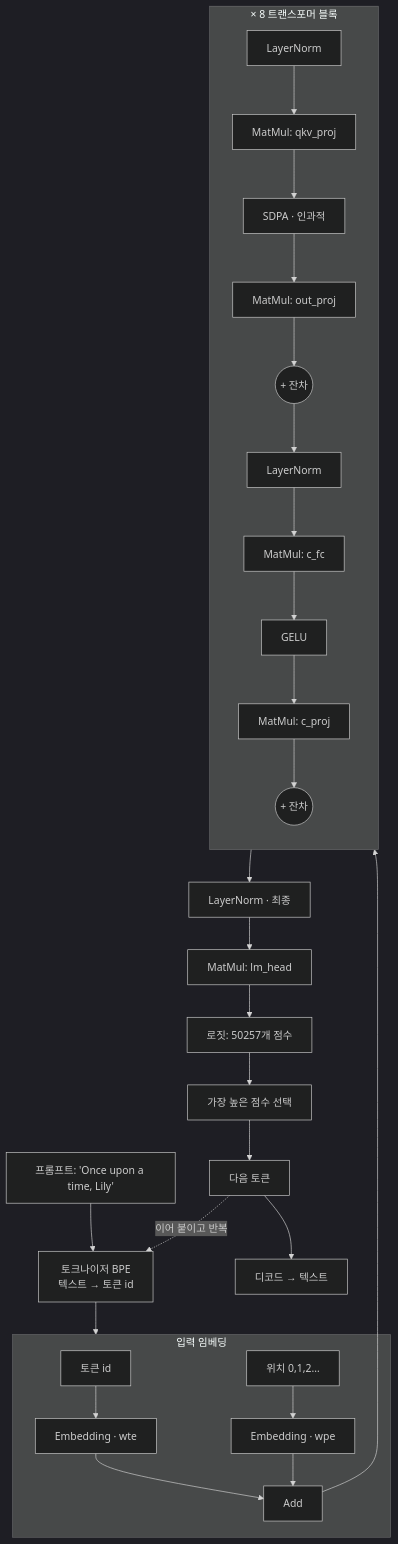
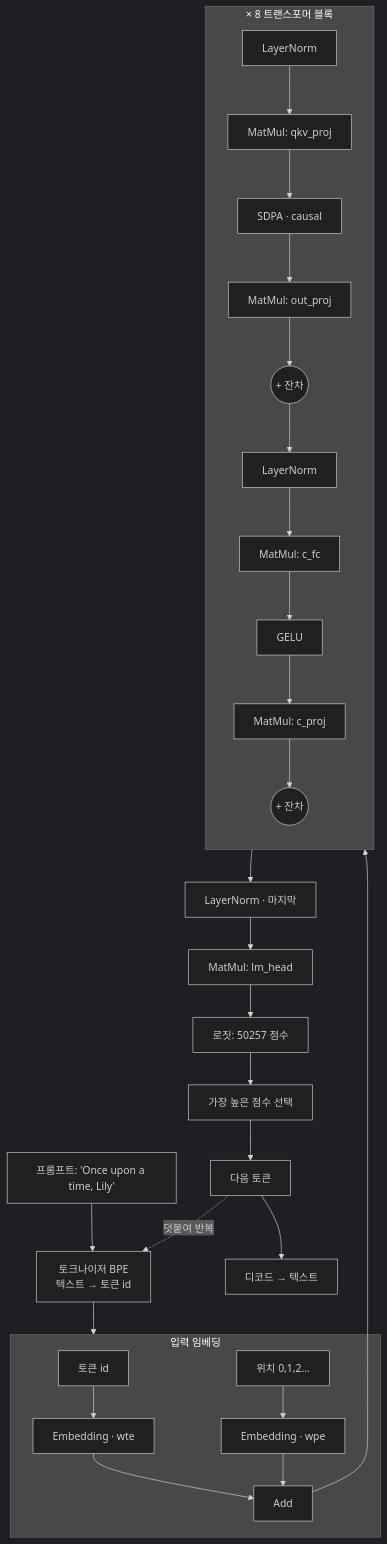
Before and after one commit to ivere27/volvoxai: the first of 2 diagrams in docs/textbook/ko/02-tinystories-language-model.md, drawn with Mermaid (dark theme). The commit also changed other lines of this file and 776 other files, not shown here.

````diff
--- a/docs/textbook/ko/02-tinystories-language-model.md
+++ b/docs/textbook/ko/02-tinystories-language-model.md
@@ -39,20 +60,20 @@
 ```mermaid
 flowchart TD
-    P["프롬프트: 'Once upon a time, Lily'"] --> TOK["토크나이저 BPE<br/>텍스트 → 토큰 id"]
+    P["프롬프트: 'Once upon a time, Lily'"] --> TOK[토크나이저 BPE<br/>텍스트 → 토큰 id]
     TOK --> EMB
-    subgraph EMB["입력 임베딩"]
-      T["토큰 id"] --> WTE["Embedding · wte"]
-      POSN["위치 0,1,2…"] --> WPE["Embedding · wpe"]
-      WTE --> ADD0["Add"]
+    subgraph EMB[입력 임베딩]
+      T[토큰 id] --> WTE[Embedding · wte]
+      POSN[위치 0,1,2…] --> WPE[Embedding · wpe]
+      WTE --> ADD0[Add]
       WPE --> ADD0
     end
     ADD0 --> BLK
     subgraph BLK["× 8 트랜스포머 블록"]
       direction TB
-      L1["LayerNorm"] --> QKV["MatMul: qkv_proj"] --> SDPA["SDPA · 인과적"] --> OP["MatMul: out_proj"] --> R1(("+ 잔차"))
-      R1 --> L2["LayerNorm"] --> FC["MatMul: c_fc"] --> G["GELU"] --> PR["MatMul: c_proj"] --> R2(("+ 잔차"))
+      L1[LayerNorm] --> QKV[MatMul: qkv_proj] --> SDPA[SDPA · causal] --> OP[MatMul: out_proj] --> R1((+ 잔차))
+      R1 --> L2[LayerNorm] --> FC[MatMul: c_fc] --> G[GELU] --> PR[MatMul: c_proj] --> R2((+ 잔차))
     end
-    BLK --> LNF["LayerNorm · 최종"] --> HEAD["MatMul: lm_head"] --> LOG["로짓: 50257개 점수"]
-    LOG --> ARGMAX["가장 높은 점수 선택"] --> NEXT["다음 토큰"] --> DETOK["디코드 → 텍스트"]
-    NEXT -. 이어 붙이고 반복 .-> TOK
+    BLK --> LNF[LayerNorm · 마지막] --> HEAD[MatMul: lm_head] --> LOG[로짓: 50257 점수]
+    LOG --> ARGMAX[가장 높은 점수 선택] --> NEXT[다음 토큰] --> DETOK[디코드 → 텍스트]
+    NEXT -. 덧붙여 반복 .-> TOK
 ```
````
